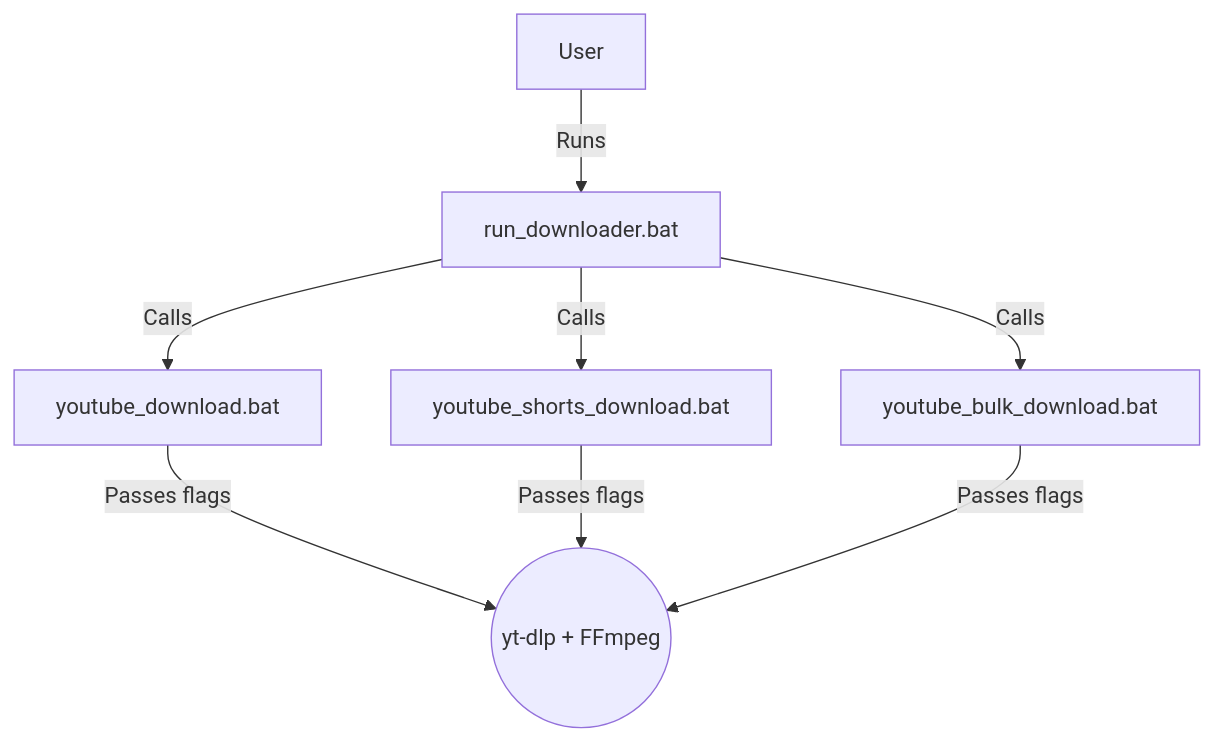
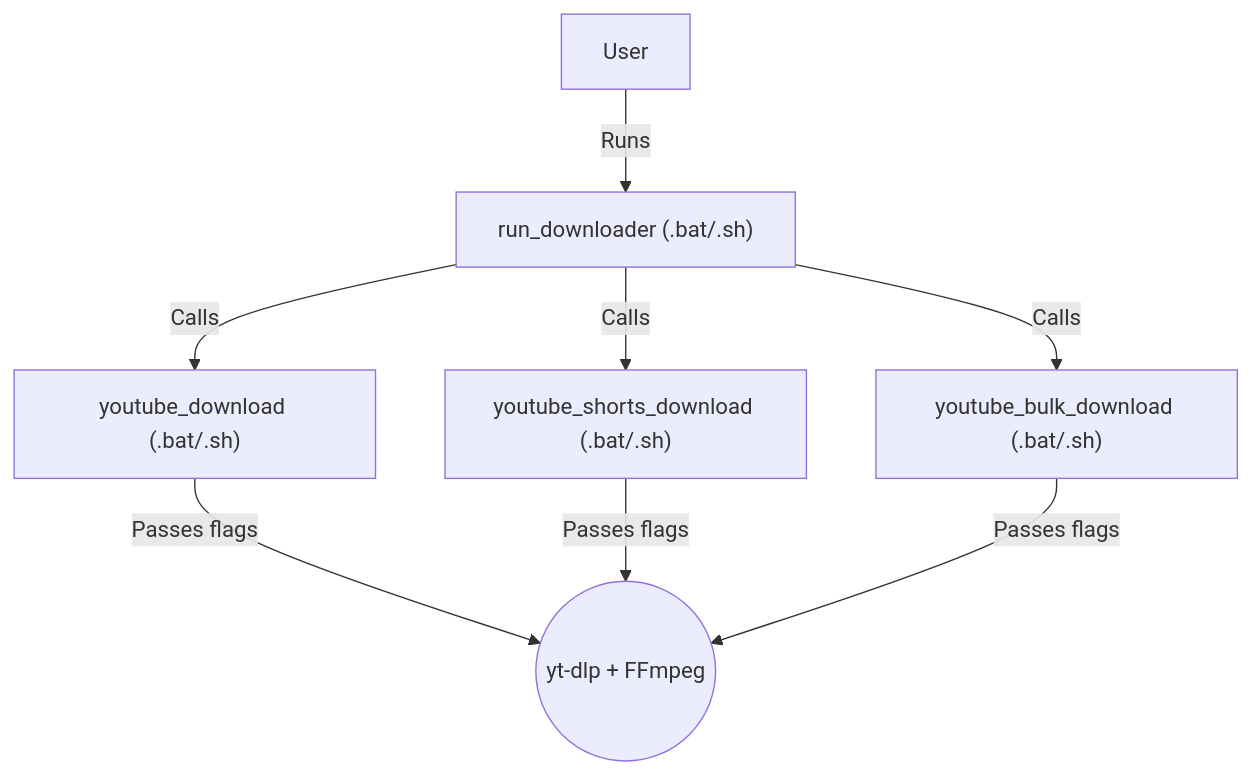
Before and after one commit to krishnakanthb13/yt-downloader: the diagram in README.md, drawn with Mermaid. The commit also changed other lines of this file and 5 other files, not shown here.

````diff
--- a/README.md
+++ b/README.md
@@ -93,11 +98,11 @@
 ```mermaid
 graph TD
-    A[User] -->|Runs| M[run_downloader.bat]
-    M -->|Calls| B[youtube_download.bat]
-    M -->|Calls| C[youtube_shorts_download.bat]
-    M -->|Calls| D[youtube_bulk_download.bat]
+    A[User] -->|Runs| M["run_downloader (.bat/.sh)"]
+    M -->|Calls| B["youtube_download (.bat/.sh)"]
+    M -->|Calls| C["youtube_shorts_download (.bat/.sh)"]
+    M -->|Calls| D["youtube_bulk_download (.bat/.sh)"]
     
     B -->|Passes flags| E((yt-dlp + FFmpeg))
     C -->|Passes flags| E
     D -->|Passes flags| E
 ```
````
